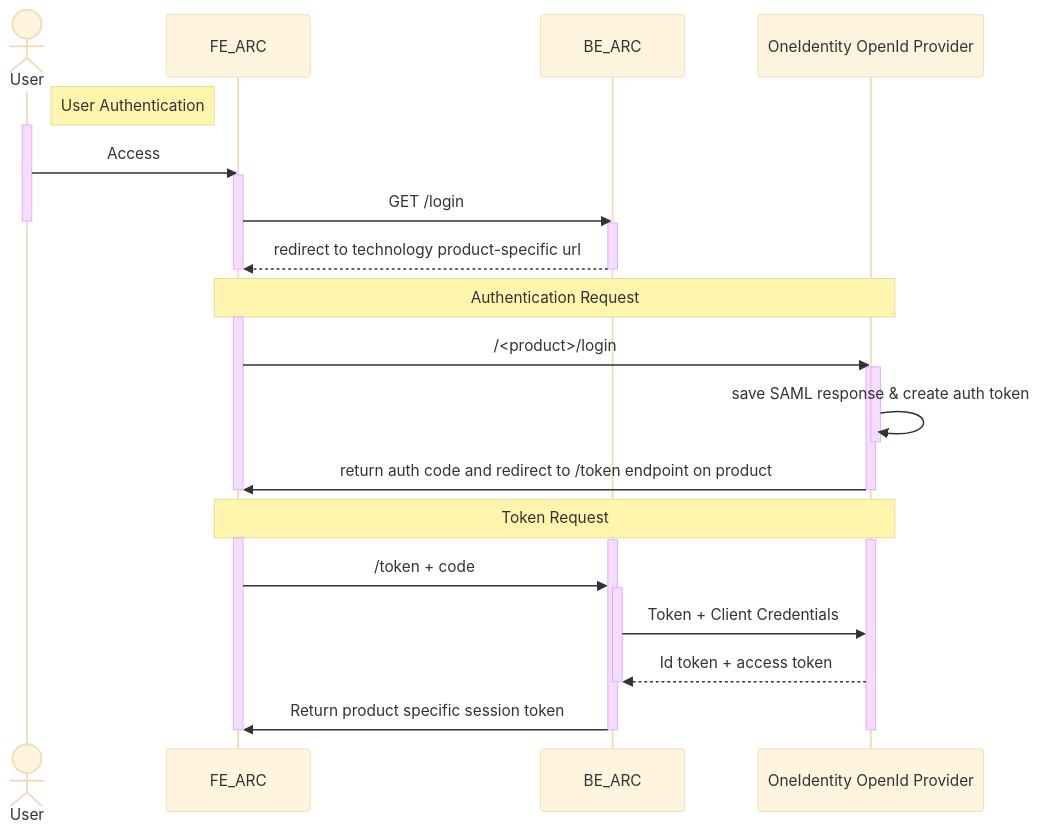
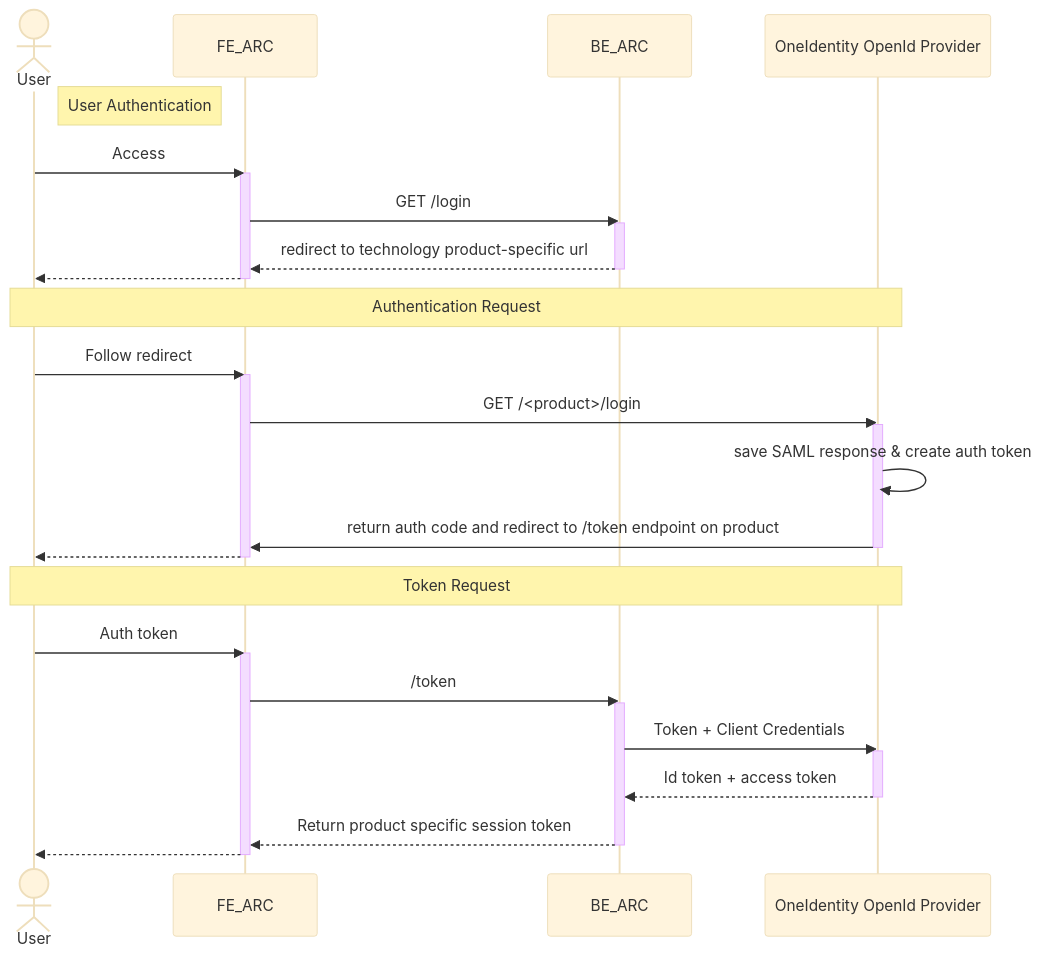
The diagram in design/arc/sequence_diagram_authentication.mmd (pagopa/p4pa-doc), drawn with Mermaid (base theme) before and after one commit. The commit also changed other lines of this file and 2 other files, not shown here.

Commit message:
P4PU-64 updated sequence diagrams

```diff
--- a/design/arc/sequence_diagram_authentication.mmd
+++ b/design/arc/sequence_diagram_authentication.mmd
@@ -1,39 +1,40 @@
 sequenceDiagram
 actor User
 participant FE_ARC
 participant BE_ARC
 participant OneIdentity OpenId Provider
 
 note right of User: User Authentication
-    activate User
-		User ->> FE_ARC : Access
+
+    User ->> FE_ARC : Access
     activate FE_ARC
         FE_ARC ->> BE_ARC : GET /login
-    deactivate User
-    activate BE_ARC
-        BE_ARC -->> FE_ARC : redirect to technology product-specific url
+        activate BE_ARC
+            BE_ARC -->> FE_ARC : redirect to technology product-specific url
+        deactivate BE_ARC
+        FE_ARC -->> User : #
     deactivate FE_ARC
-    deactivate BE_ARC
-note over FE_ARC, OneIdentity OpenId Provider: Authentication Request
+note over User, OneIdentity OpenId Provider: Authentication Request
+    User ->> FE_ARC : Follow redirect
     activate FE_ARC
-		FE_ARC ->> OneIdentity OpenId Provider : /<product>/login
-    activate OneIdentity OpenId Provider
-    activate OneIdentity OpenId Provider
-        OneIdentity OpenId Provider ->> OneIdentity OpenId Provider : save SAML response & create auth token
-    deactivate OneIdentity OpenId Provider
-        OneIdentity OpenId Provider ->> FE_ARC : return auth code and redirect to /token endpoint on product
+		FE_ARC ->> OneIdentity OpenId Provider : GET /<product>/login
+        activate OneIdentity OpenId Provider
+            OneIdentity OpenId Provider ->> OneIdentity OpenId Provider : save SAML response & create auth token
+            OneIdentity OpenId Provider ->> FE_ARC : return auth code and redirect to /token endpoint on product
+        deactivate OneIdentity OpenId Provider
+        FE_ARC -->> User : #
     deactivate FE_ARC
-    deactivate OneIdentity OpenId Provider
-note over FE_ARC, OneIdentity OpenId Provider: Token Request
+
+note over User, OneIdentity OpenId Provider: Token Request
+    User ->> FE_ARC : Auth token
     activate FE_ARC
-    activate BE_ARC
-    activate OneIdentity OpenId Provider
-        FE_ARC ->> BE_ARC : /token + code
-    activate BE_ARC
-        BE_ARC ->> OneIdentity OpenId Provider : Token + Client Credentials
-        OneIdentity OpenId Provider -->> BE_ARC : Id token + access token
-    deactivate BE_ARC
-        BE_ARC ->> FE_ARC : Return product specific session token
-    deactivate OneIdentity OpenId Provider
+        FE_ARC ->> BE_ARC : /token
+        activate BE_ARC
+            BE_ARC ->> OneIdentity OpenId Provider : Token + Client Credentials
+                activate OneIdentity OpenId Provider
+                    OneIdentity OpenId Provider -->> BE_ARC : Id token + access token
+                deactivate OneIdentity OpenId Provider
+            BE_ARC -->> FE_ARC : Return product specific session token
+        deactivate BE_ARC
+        FE_ARC -->> User : #
     deactivate FE_ARC
-    deactivate BE_ARC
```
